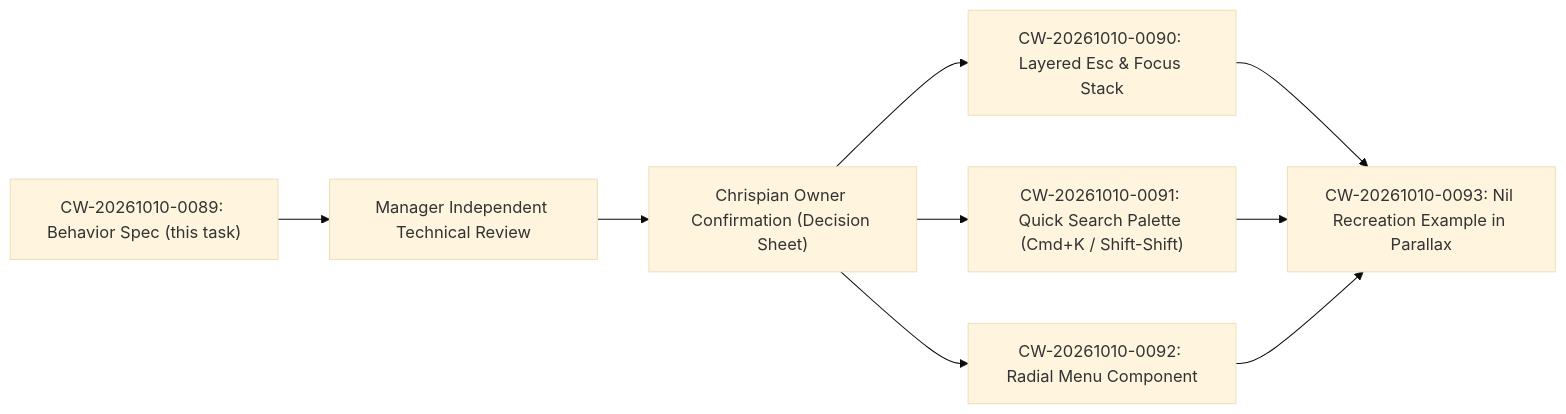
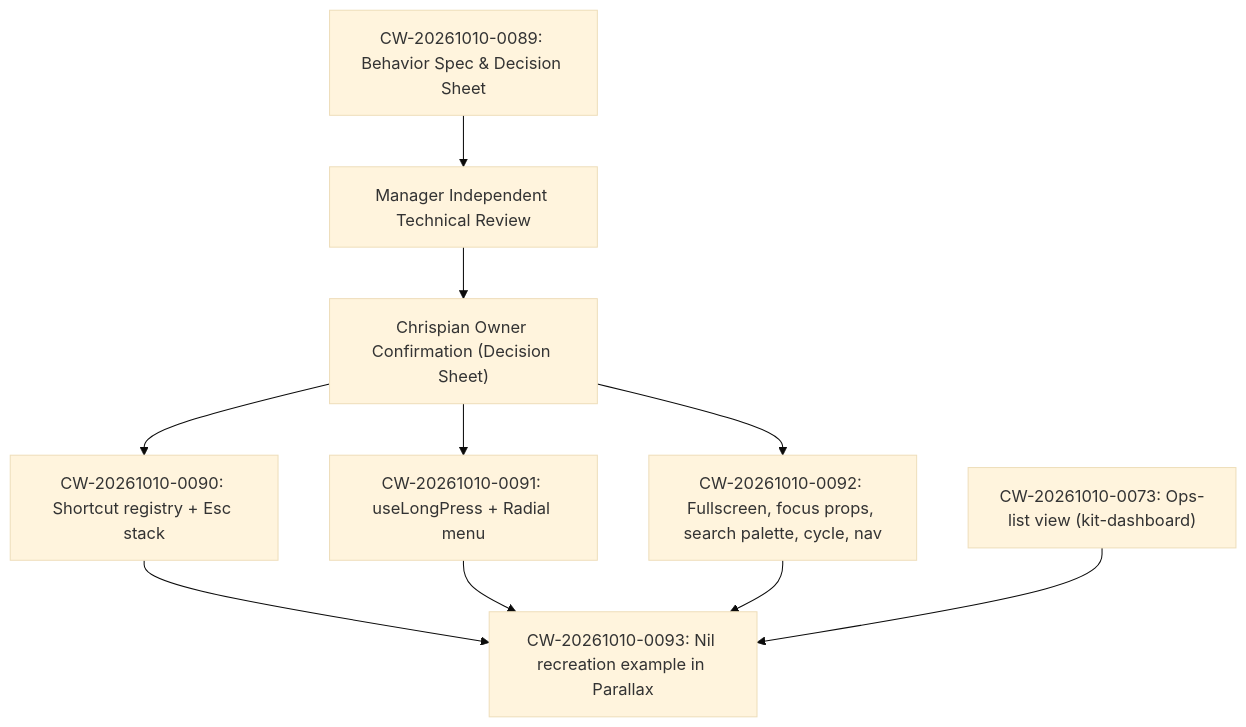
Before and after one commit to hollis-labs/projects: the second of 2 diagrams in parallax/docs/nil-behavior-spec.md, drawn with Mermaid (base theme). The commit also changed other lines of this file and 2 other files, not shown here.

First line of the commit message:
CW-20261010-0089: address technical review corrections on Nil behavior spec

````diff
--- a/parallax/docs/nil-behavior-spec.md
+++ b/parallax/docs/nil-behavior-spec.md
@@ -355,11 +370,12 @@
 ```mermaid
-flowchart LR
-    Task0089["CW-20261010-0089: Behavior Spec (this task)"] --> TechReview["Manager Independent Technical Review"]
+flowchart TD
+    Task0089["CW-20261010-0089: Behavior Spec & Decision Sheet"] --> TechReview["Manager Independent Technical Review"]
     TechReview --> OwnerReview["Chrispian Owner Confirmation (Decision Sheet)"]
-    OwnerReview --> Task0090["CW-20261010-0090: Layered Esc & Focus Stack"]
-    OwnerReview --> Task0091["CW-20261010-0091: Quick Search Palette (Cmd+K / Shift-Shift)"]
-    OwnerReview --> Task0092["CW-20261010-0092: Radial Menu Component"]
-    Task0090 --> Task0093["CW-20261010-0093: Nil Recreation Example in Parallax"]
+    OwnerReview --> Task0090["CW-20261010-0090: Shortcut registry + Esc stack"]
+    OwnerReview --> Task0091["CW-20261010-0091: useLongPress + Radial menu"]
+    OwnerReview --> Task0092["CW-20261010-0092: Fullscreen, focus props, search palette, cycle, nav"]
+    Task0090 --> Task0093["CW-20261010-0093: Nil recreation example in Parallax"]
     Task0091 --> Task0093
     Task0092 --> Task0093
+    Task0073["CW-20261010-0073: Ops-list view (kit-dashboard)"] --> Task0093
 ```
````
